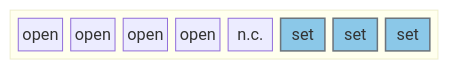
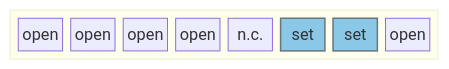
The diagram in Hardware/Config/UART_WLAN.md (KROIA/Voicemail-Box), drawn with Mermaid before and after one commit. The commit also changed other lines of this file and 16 other files, not shown here.

````diff
--- a/Hardware/Config/UART_WLAN.md
+++ b/Hardware/Config/UART_WLAN.md
@@ -6,19 +6,18 @@
 ```mermaid
 block-beta
     block
         columns 8
         a0["open"]
         a1["open"]
         a2["open"]
         a3["open"]
         a4["n.c."]
         a5["set"]
         a6["set"]
-        a7["set"]
+        a7["open"]
     end
 
 classDef highlighter fill:#8bc8e8,stroke:#6c757d,color:#000000,stroke-width:1.5px;
 class a5 highlighter
 class a6 highlighter
-class a7 highlighter
 ```
````
